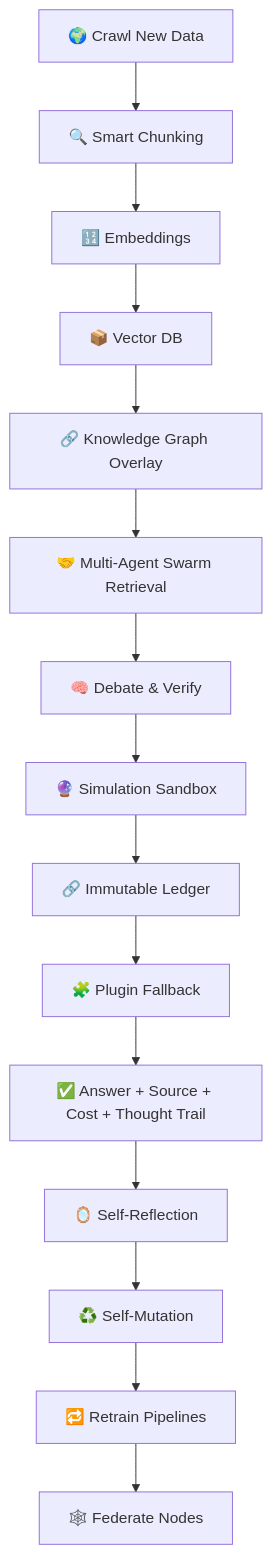
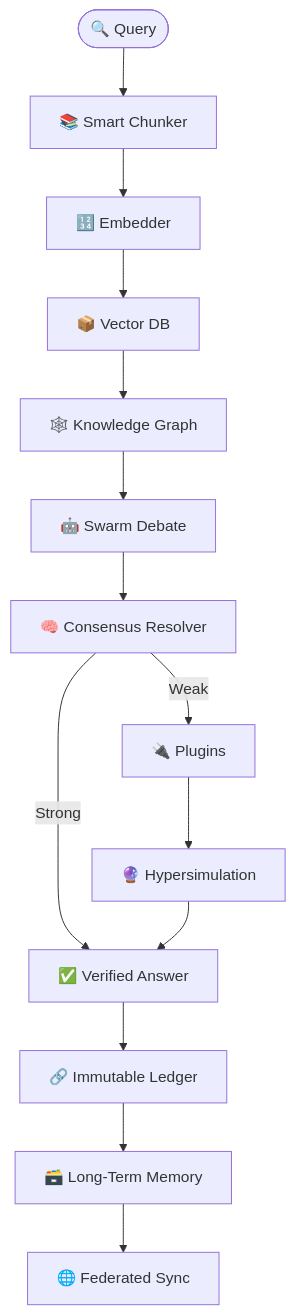
One commit to priyanshumishra610/OMNIMIND changed the first of 2 diagrams in README.md. Above: the diagram before and after it, drawn with Mermaid. The commit also changed other lines of this file, not shown here.

`````diff
--- a/README.md
+++ b/README.md
@@ -47,17 +62,21 @@
 ```mermaid
-graph TD
-    A[🌍 Crawl New Data] --> B[🔍 Smart Chunking]
-    B --> C[🔢 Embeddings]
-    C --> D[📦 Vector DB]
-    D --> E[🔗 Knowledge Graph Overlay]
-    E --> F[🤝 Multi-Agent Swarm Retrieval]
-    F --> G[🧠 Debate & Verify]
-    G --> H[🔮 Simulation Sandbox]
-    H --> I[🔗 Immutable Ledger]
-    I --> J[🧩 Plugin Fallback]
-    J --> K[✅ Answer + Source + Cost + Thought Trail]
-    K --> L[🪞 Self-Reflection]
-    L --> M[♻️ Self-Mutation]
-    M --> N[🔁 Retrain Pipelines]
-    N --> O[🕸️ Federate Nodes]
-```
+flowchart TD
+  Q([🔍 Query])
+  Chunk[📚 Smart Chunker]
+  Embed[🔢 Embedder]
+  VDB[📦 Vector DB]
+  KG[🕸️ Knowledge Graph]
+  Swarm[🤖 Swarm Debate]
+  Consensus[🧠 Consensus Resolver]
+  Plugins[🔌 Plugins]
+  Sim[🔮 Hypersimulation]
+  Answer[✅ Verified Answer]
+  Ledger[🔗 Immutable Ledger]
+  Memory[🗃️ Long-Term Memory]
+  Federate[🌐 Federated Sync]
+
+  Q --> Chunk --> Embed --> VDB --> KG --> Swarm --> Consensus
+  Consensus -->|Strong| Answer
+  Consensus -->|Weak| Plugins --> Sim --> Answer
+  Answer --> Ledger --> Memory --> Federate
+````
`````
